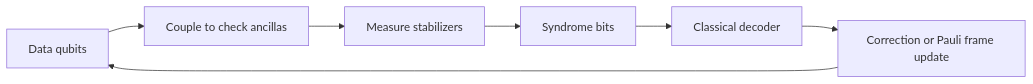
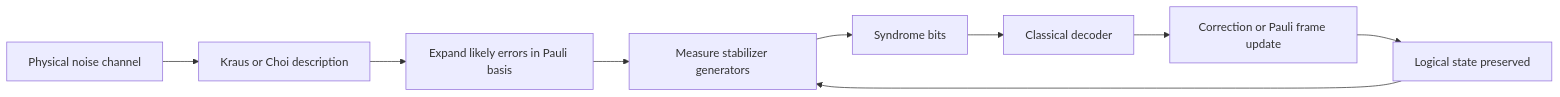
Before and after one commit to justinbrianhwang/SJ-wiki: the diagram in docs/quantum-information-science/quantum-computing/error-correction.md, drawn with Mermaid. The commit also changed other lines of this file and 27 other files, not shown here.

````diff
--- a/docs/quantum-information-science/quantum-computing/error-correction.md
+++ b/docs/quantum-information-science/quantum-computing/error-correction.md
@@ -104,9 +132,11 @@
 ```mermaid
 flowchart LR
-  D["Data qubits"] --> C["Couple to check ancillas"]
-  C --> M["Measure stabilizers"]
-  M --> S["Syndrome bits"]
-  S --> DEC["Classical decoder"]
-  DEC --> T["Correction or Pauli frame update"]
-  T --> D
+  R["Physical noise channel"] --> K["Kraus or Choi description"]
+  K --> P["Expand likely errors in Pauli basis"]
+  P --> S["Measure stabilizer generators"]
+  S --> Y["Syndrome bits"]
+  Y --> D["Classical decoder"]
+  D --> C["Correction or Pauli frame update"]
+  C --> L["Logical state preserved"]
+  L --> S
 ```
````
